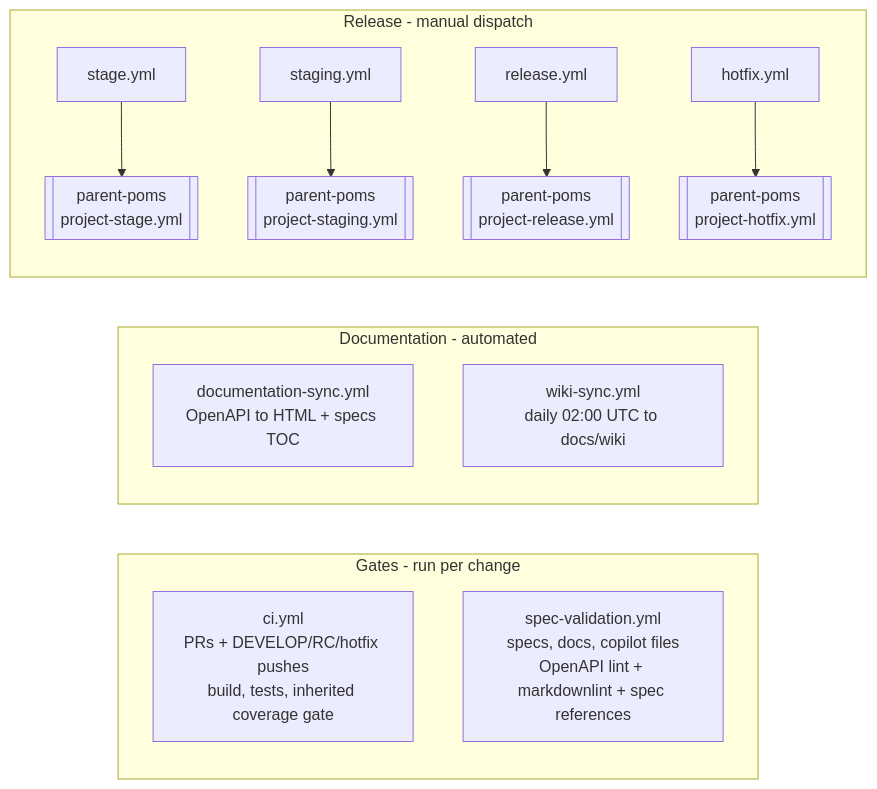
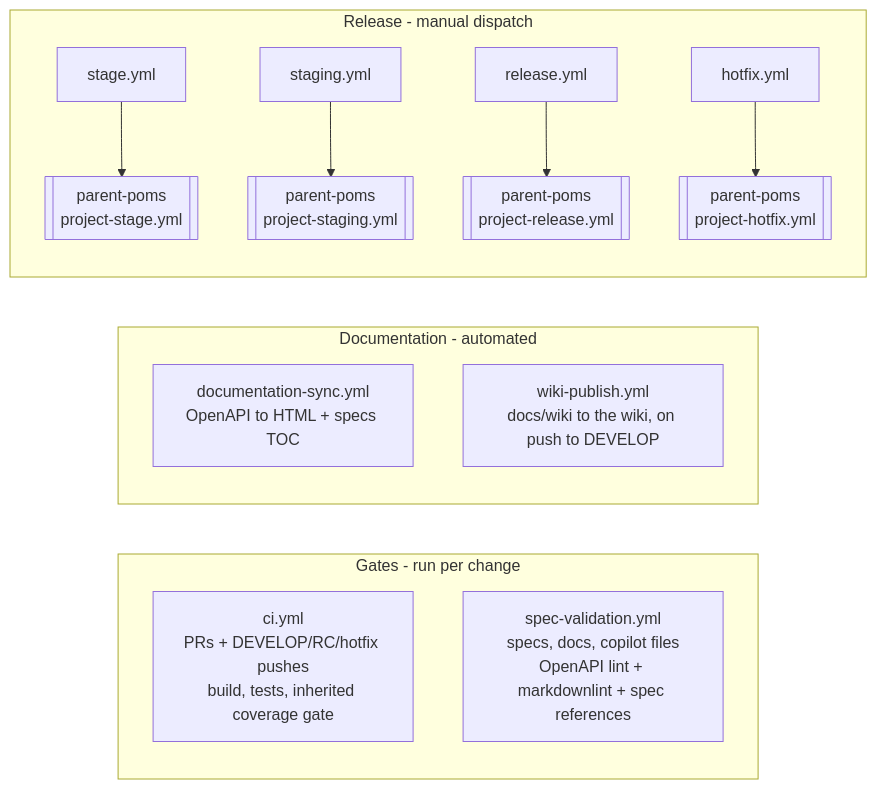
The second of 2 diagrams in docs/devops/README.md (MRISS-Projects/dsh), drawn with Mermaid before and after one commit. The commit also changed other lines of this file and 2 other files, not shown here.

First line of the commit message:
docs(#44): describe docs/wiki as the wiki's source

````diff
--- a/docs/devops/README.md
+++ b/docs/devops/README.md
@@ -48,17 +48,17 @@
 ```mermaid
 flowchart LR
     subgraph gates["Gates - run per change"]
         CI["ci.yml<br/>PRs + DEVELOP/RC/hotfix pushes<br/>build, tests, inherited coverage gate"]
         SV["spec-validation.yml<br/>specs, docs, copilot files<br/>OpenAPI lint + markdownlint + spec references"]
     end
     subgraph docs["Documentation - automated"]
         DS["documentation-sync.yml<br/>OpenAPI to HTML + specs TOC"]
-        WS["wiki-sync.yml<br/>daily 02:00 UTC to docs/wiki"]
+        WP["wiki-publish.yml<br/>docs/wiki to the wiki, on push to DEVELOP"]
     end
     subgraph rel["Release - manual dispatch"]
         ST["stage.yml"] --> PP1[["parent-poms<br/>project-stage.yml"]]
         SG["staging.yml"] --> PP2[["parent-poms<br/>project-staging.yml"]]
         RL["release.yml"] --> PP3[["parent-poms<br/>project-release.yml"]]
         HF["hotfix.yml"] --> PP4[["parent-poms<br/>project-hotfix.yml"]]
     end
 ```
````
